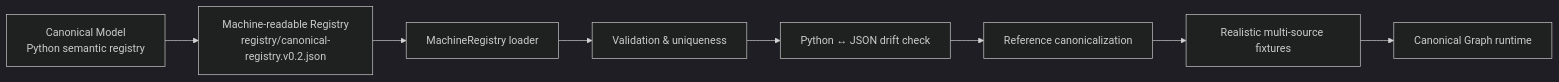
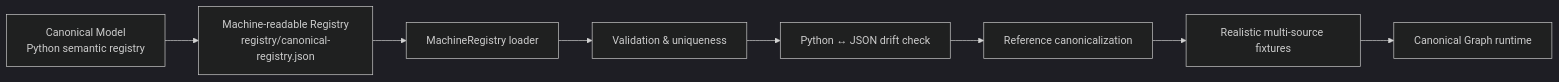
The third of 6 diagrams in README.md (miumigy/scm-ontology), drawn with Mermaid (dark theme) before and after one commit. The commit also changed other lines of this file and 1 other file, not shown here.

````diff
--- a/README.md
+++ b/README.md
@@ -161,10 +161,10 @@
 ```mermaid
 flowchart LR
-    MODEL[Canonical Model\nPython semantic registry] --> REG[Machine-readable Registry\nregistry/canonical-registry.v0.2.json]
+    MODEL[Canonical Model\nPython semantic registry] --> REG[Machine-readable Registry\nregistry/canonical-registry.json]
     REG --> LOAD[MachineRegistry loader]
     LOAD --> VALIDATE[Validation & uniqueness]
     VALIDATE --> DRIFT[Python ↔ JSON drift check]
     DRIFT --> MAP[Reference canonicalization]
     MAP --> FIX[Realistic multi-source fixtures]
     FIX --> GRAPH[Canonical Graph runtime]
 ```
````
